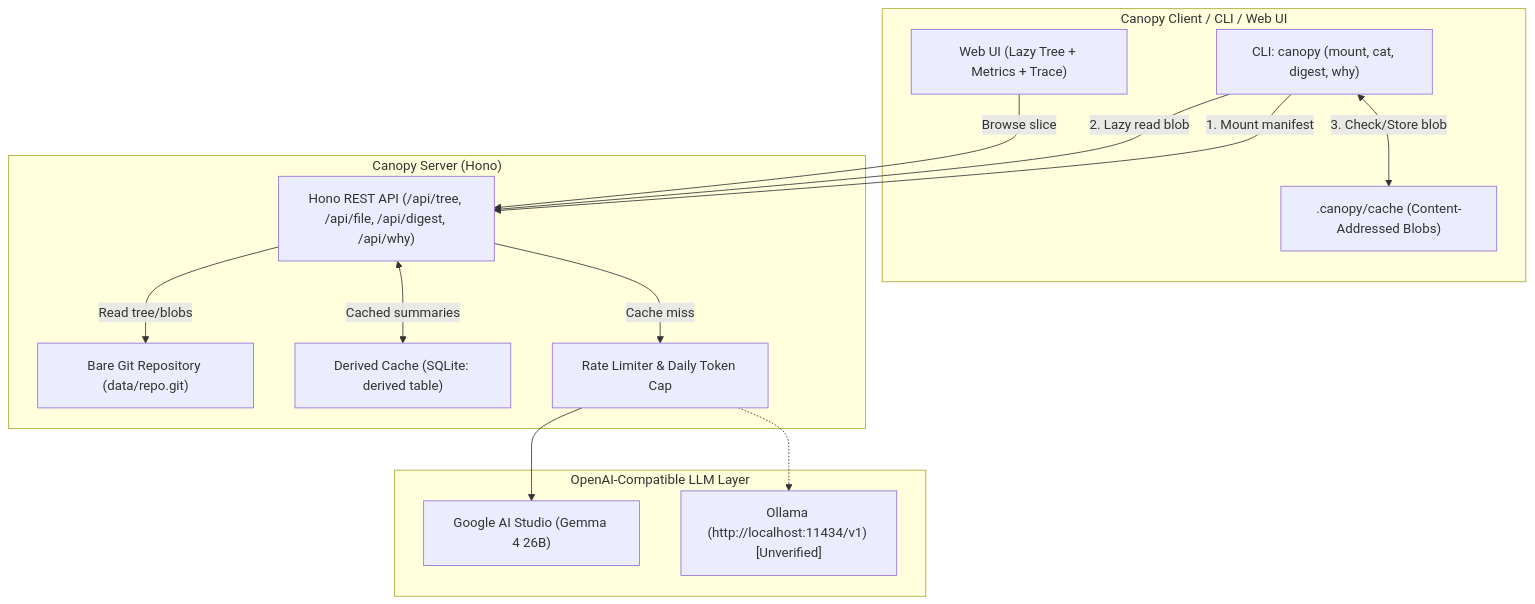
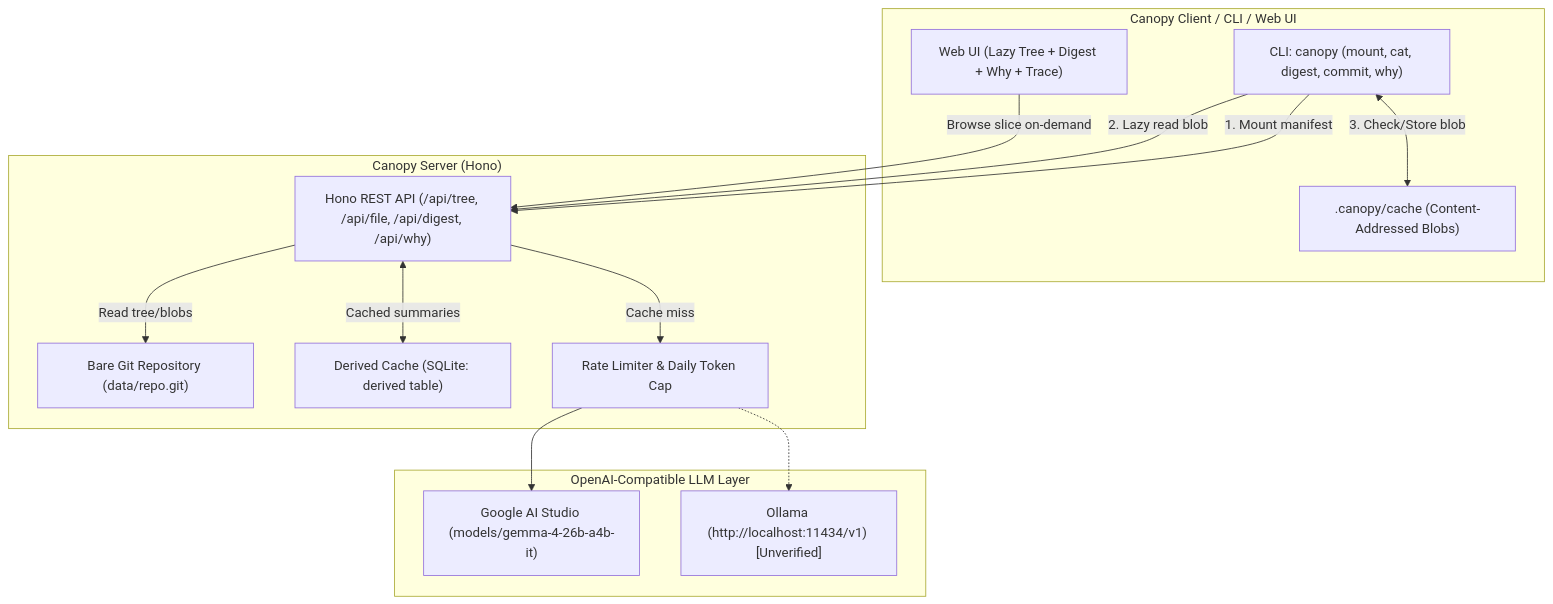
Before and after one commit to SayemR0018/canopy: the diagram in README.md, drawn with Mermaid. The commit also changed other lines of this file and 21 other files, not shown here.

````diff
--- a/README.md
+++ b/README.md
@@ -24,29 +33,29 @@
 ```mermaid
 flowchart TD
     subgraph Client["Canopy Client / CLI / Web UI"]
-        CLI["CLI: canopy (mount, cat, digest, why)"]
-        UI["Web UI (Lazy Tree + Metrics + Trace)"]
+        CLI["CLI: canopy (mount, cat, digest, commit, why)"]
+        UI["Web UI (Lazy Tree + Digest + Why + Trace)"]
         LocalCache[".canopy/cache (Content-Addressed Blobs)"]
     end
 
     subgraph Server["Canopy Server (Hono)"]
         API["Hono REST API (/api/tree, /api/file, /api/digest, /api/why)"]
         BareRepo["Bare Git Repository (data/repo.git)"]
         CacheDB["Derived Cache (SQLite: derived table)"]
         Limiter["Rate Limiter & Daily Token Cap"]
     end
 
     subgraph LLM["OpenAI-Compatible LLM Layer"]
-        GemmaHosted["Google AI Studio (Gemma 4 26B)"]
+        GemmaHosted["Google AI Studio (models/gemma-4-26b-a4b-it)"]
         GemmaLocal["Ollama (http://localhost:11434/v1) [Unverified]"]
     end
 
     CLI -->|1. Mount manifest| API
     CLI -->|2. Lazy read blob| API
     CLI <-->|3. Check/Store blob| LocalCache
-    UI -->|Browse slice| API
+    UI -->|Browse slice on-demand| API
     API -->|Read tree/blobs| BareRepo
     API <-->|Cached summaries| CacheDB
     API -->|Cache miss| Limiter --> GemmaHosted
     Limiter -.-> GemmaLocal
 ```
````
